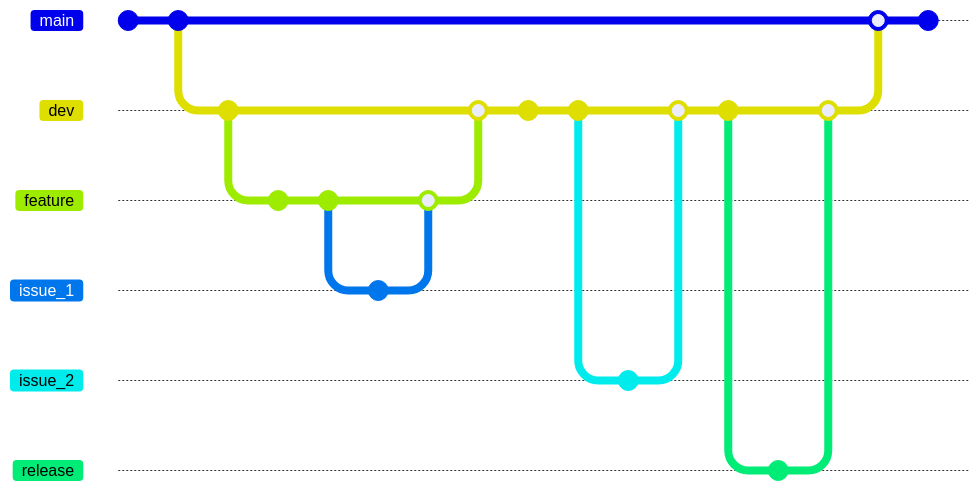
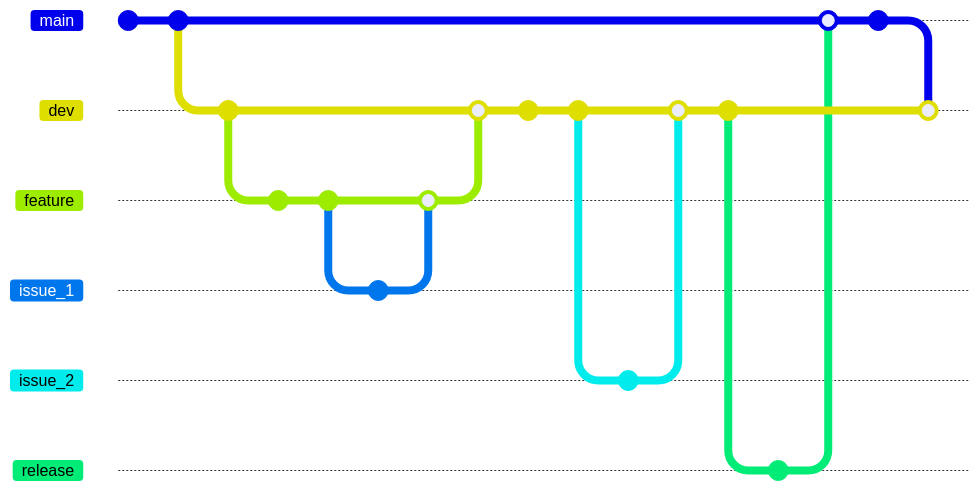
Before and after one commit to EatPastry/Industry-Collaboration-Team-Project: the diagram in README.md, drawn with Mermaid. The commit also changed other lines of this file, not shown here. Commit ids are hidden.

Commit message:
update mermaid diagram on README

````diff
--- a/README.md
+++ b/README.md
@@ -58,33 +58,33 @@
 ```mermaid
 gitGraph
     commit
     commit
     branch dev
     commit
     branch feature
     checkout feature
     commit
     commit
     branch issue_1
     commit
     checkout feature
     merge issue_1
     checkout dev
     merge feature
     commit
     commit
     branch issue_2
     commit
     checkout dev
     merge issue_2
     commit
-		branch release
-		commit
-		checkout dev
-		merge release
+    branch release
+    checkout release
+    commit
+    checkout main
+    merge release
+    commit
     checkout dev
-    checkout main
-    merge dev
-    commit
+    merge main
 
 ```
````
